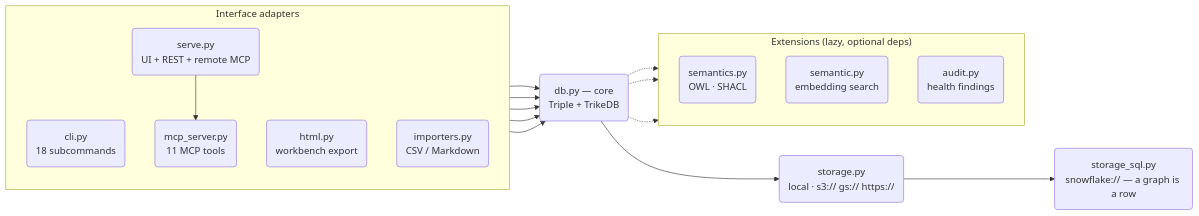
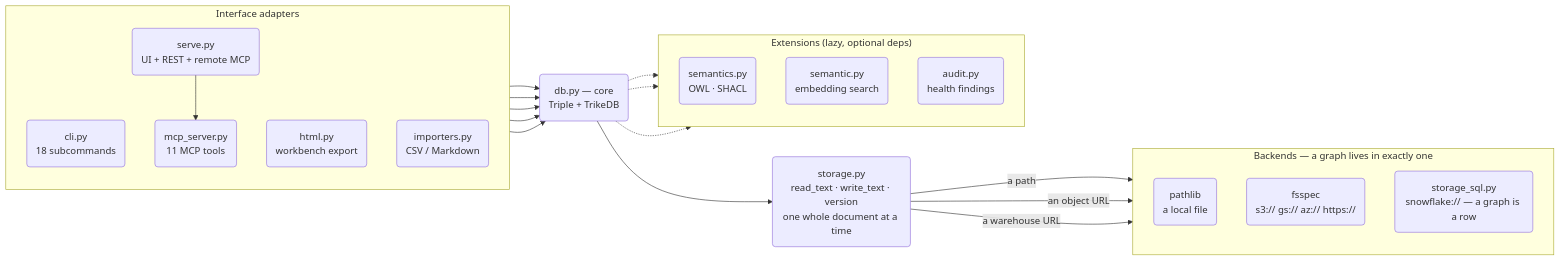
Before and after one commit to RyutoYoda/trikedb: the diagram in docs/ARCHITECTURE.md, drawn with Mermaid. The commit also changed other lines of this file and 9 other files, not shown here.

````diff
--- a/docs/ARCHITECTURE.md
+++ b/docs/ARCHITECTURE.md
@@ -6,35 +6,43 @@
 ```mermaid
 flowchart LR
     subgraph adapters["Interface adapters"]
         direction TB
         CLI("cli.py<br/>18 subcommands")
         MCP("mcp_server.py<br/>11 MCP tools")
         SERVE("serve.py<br/>UI + REST + remote MCP")
         HTML("html.py<br/>workbench export")
         IMP("importers.py<br/>CSV / Markdown")
     end
 
     CORE("db.py — core<br/>Triple + TrikeDB")
 
     subgraph ext["Extensions (lazy, optional deps)"]
         direction TB
         SEM("semantics.py<br/>OWL · SHACL")
         EMB("semantic.py<br/>embedding search")
         AUD("audit.py<br/>health findings")
     end
 
-    STORE("storage.py<br/>local · s3:// gs:// https://")
-    SQL("storage_sql.py<br/>snowflake:// — a graph is a row")
+    STORE("storage.py<br/>read_text · write_text · version<br/>one whole document at a time")
+
+    subgraph backends["Backends — a graph lives in exactly one"]
+        direction TB
+        LOCAL("pathlib<br/>a local file")
+        FS("fsspec<br/>s3:// gs:// az:// https://")
+        SQL("storage_sql.py<br/>snowflake:// — a graph is a row")
+    end
 
     SERVE --> MCP
     CLI --> CORE
     MCP --> CORE
     SERVE --> CORE
     HTML --> CORE
     IMP --> CORE
     CORE --> STORE
-    STORE --> SQL
+    STORE -->|"a path"| LOCAL
+    STORE -->|"an object URL"| FS
+    STORE -->|"a warehouse URL"| SQL
     CORE -.-> SEM
     CORE -.-> EMB
     CORE -.-> AUD
 ```
````
